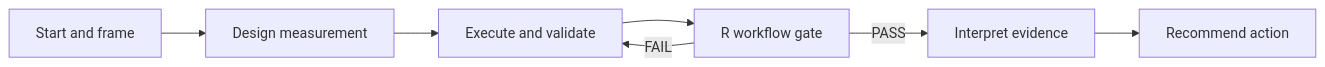
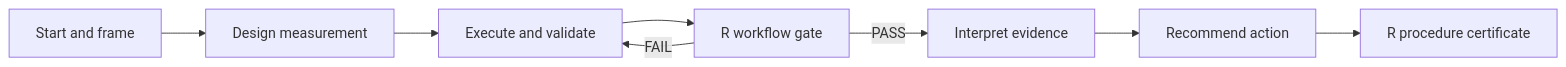
Before and after one commit to markjamesc/ai-augmented-analyst-workflow: the diagram in README.md, drawn with Mermaid. The commit also changed other lines of this file and 12 other files, not shown here.

````diff
--- a/README.md
+++ b/README.md
@@ -13,9 +13,10 @@
 ```mermaid
 flowchart LR
     A["Start and frame"] --> B["Design measurement"]
     B --> C["Execute and validate"]
     C --> G["R workflow gate"]
     G -->|"PASS"| D["Interpret evidence"]
     G -->|"FAIL"| C
     D --> E["Recommend action"]
+    E --> P["R procedure certificate"]
 ```
````
